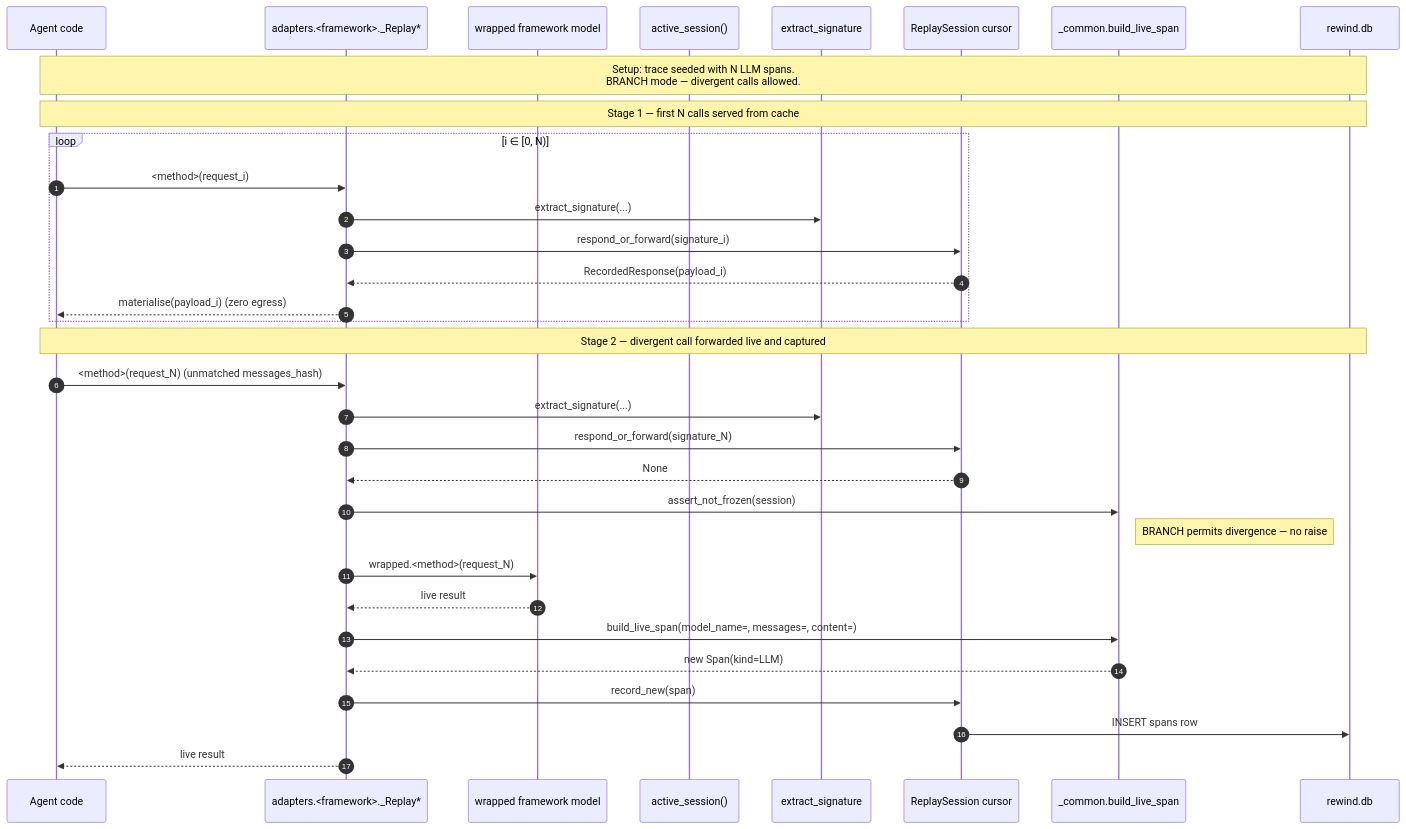
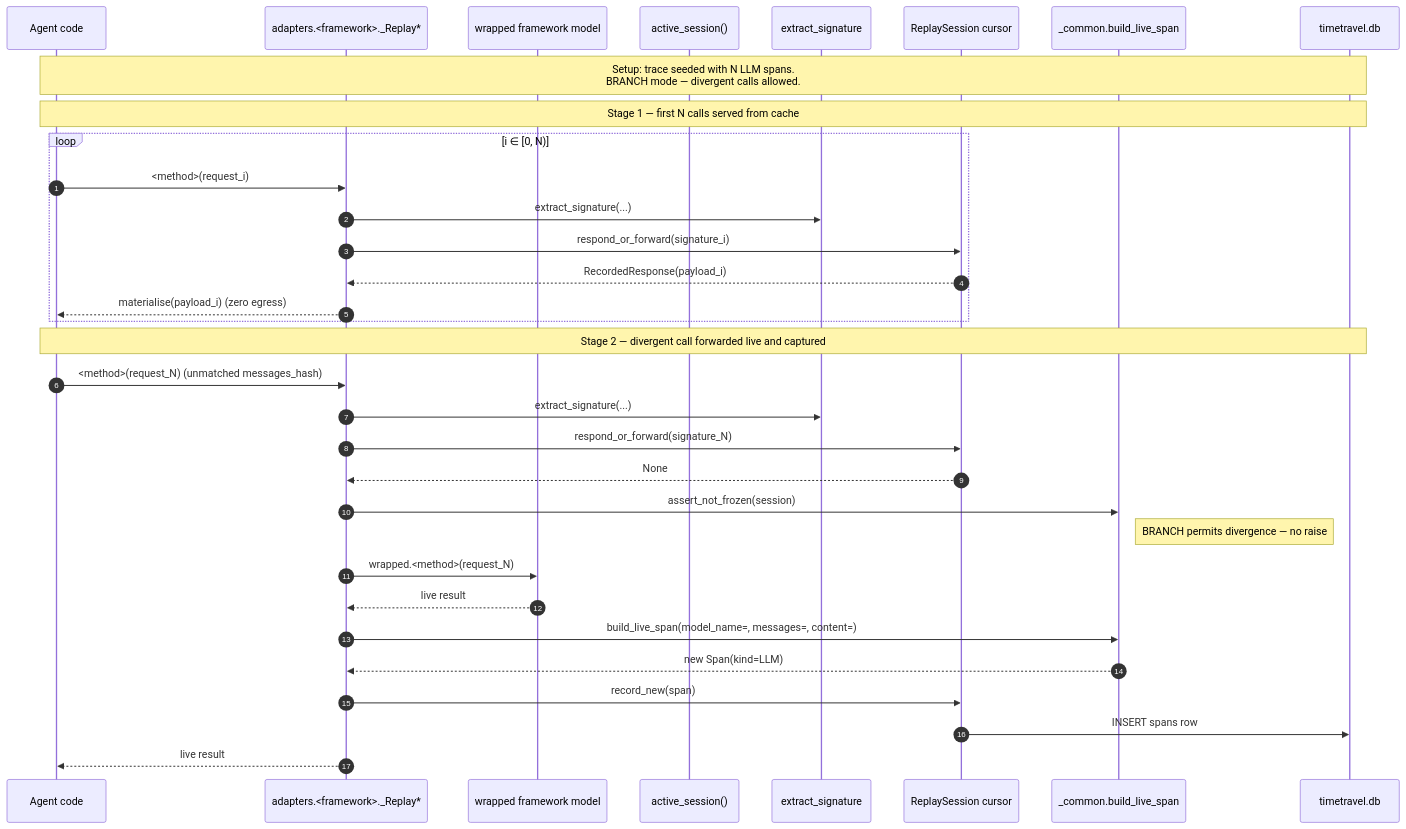
Before and after one commit to akshay-mp/Rewind: the third of 3 diagrams in docs/phases/phase-6.md, drawn with Mermaid. The commit also changed other lines of this file and 244 other files, not shown here.

````diff
--- a/docs/phases/phase-6.md
+++ b/docs/phases/phase-6.md
@@ -251,38 +251,38 @@
 ```mermaid
 sequenceDiagram
     autonumber
     participant A as Agent code
     participant F as adapters.<framework>._Replay*
     participant W as wrapped framework model
     participant S as active_session()
     participant Sig as extract_signature
     participant Cursor as ReplaySession cursor
     participant C as _common.build_live_span
-    participant DB as rewind.db
+    participant DB as timetravel.db
 
     Note over A,DB: Setup: trace seeded with N LLM spans.<br/>BRANCH mode — divergent calls allowed.
 
     Note over A,DB: Stage 1 — first N calls served from cache
     loop i ∈ [0, N)
         A->>F: <method>(request_i)
         F->>Sig: extract_signature(...)
         F->>Cursor: respond_or_forward(signature_i)
         Cursor-->>F: RecordedResponse(payload_i)
         F-->>A: materialise(payload_i)  (zero egress)
     end
 
     Note over A,DB: Stage 2 — divergent call forwarded live and captured
     A->>F: <method>(request_N)  (unmatched messages_hash)
     F->>Sig: extract_signature(...)
     F->>Cursor: respond_or_forward(signature_N)
     Cursor-->>F: None
     F->>C: assert_not_frozen(session)
     Note right of C: BRANCH permits divergence — no raise
     F->>W: wrapped.<method>(request_N)
     W-->>F: live result
     F->>C: build_live_span(model_name=, messages=, content=)
     C-->>F: new Span(kind=LLM)
     F->>Cursor: record_new(span)
     Cursor->>DB: INSERT spans row
     F-->>A: live result
 ```
````
